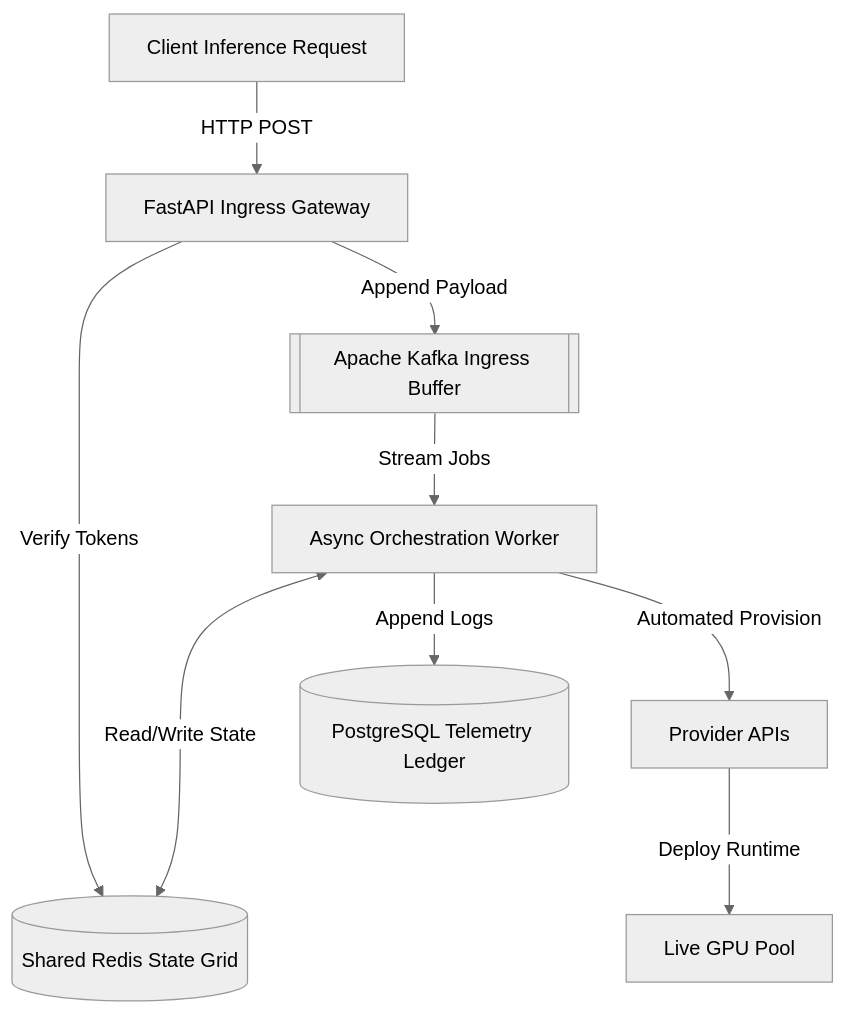
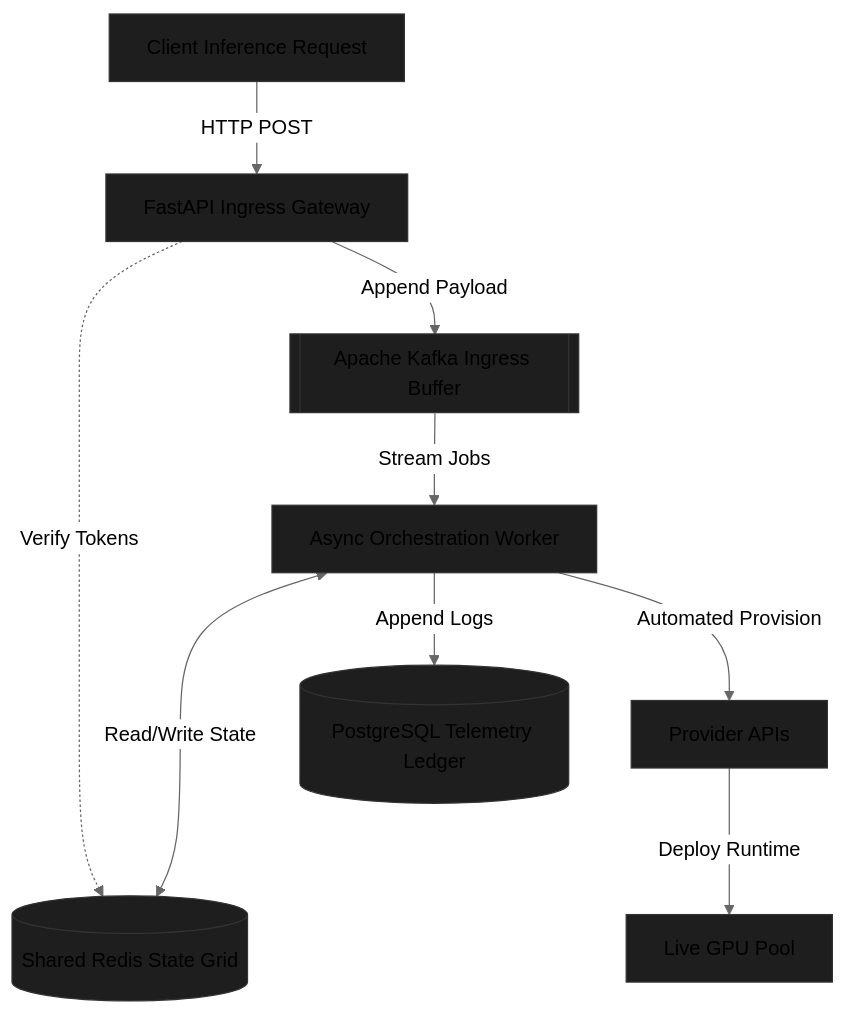
The diagram in README.md (Karthik-Unni/zerogate), drawn with Mermaid (neutral theme) before and after one commit.

Commit message:
cleanup visual artifacts

````diff
--- a/README.md
+++ b/README.md
@@ -24,11 +24,18 @@
 ```mermaid
 graph TD
+    %% Global Styling Overrides to force transparent label backdrops %%
+    classDef default fill:#1e1e1e,stroke:#333,stroke-width:1px;
+    
     Client[Client Inference Request] -->|HTTP POST| Gateway[FastAPI Ingress Gateway]
-    Gateway -->|Verify Tokens| Redis[(Shared Redis State Grid)]
+    
+    %% Fixed line routing to clear background text intersection %%
+    Gateway -.->|Verify Tokens| Redis[(Shared Redis State Grid)]
     Gateway -->|Append Payload| Kafka[[Apache Kafka Ingress Buffer]]
+    
     Kafka -->|Stream Jobs| Worker[Async Orchestration Worker]
     Worker <--->|Read/Write State| Redis
     Worker -->|Append Logs| Postgres[(PostgreSQL Telemetry Ledger)]
-    Worker -->|Automated Provision| Providers[Provider APIs]
-    Providers -->|Deploy Runtime| GPU[Live GPU Pool]
+    
+    Worker -->|Automated Provision| Hyperstack[Provider APIs]
+    Hyperstack -->|Deploy Runtime| GPU[Live GPU Pool]
 ```
````
